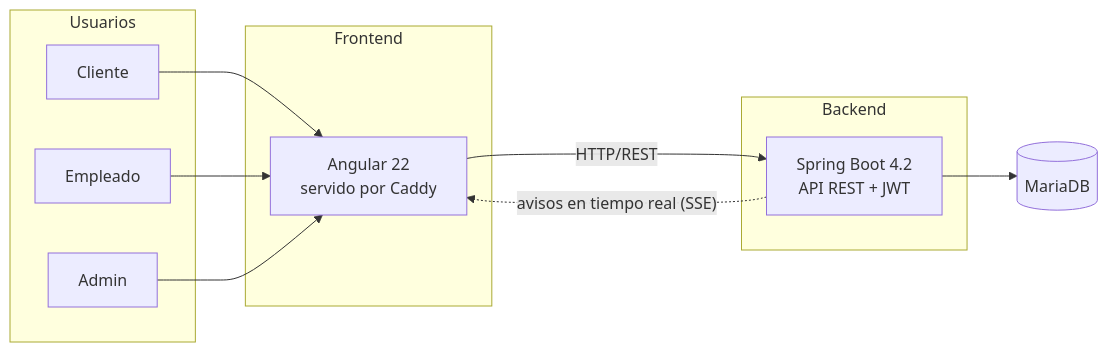
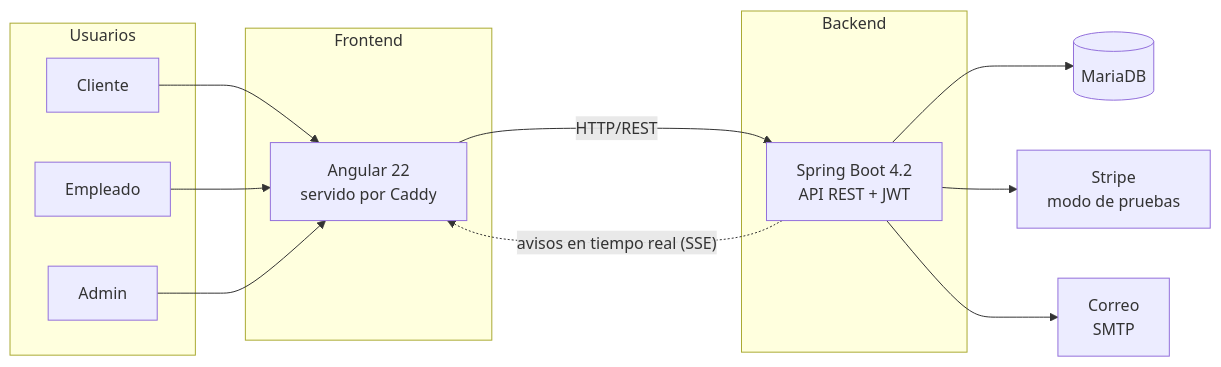
Before and after one commit to juanparejog/BarHub2.0: the diagram in docs/README.md, drawn with Mermaid. The commit also changed other lines of this file and 15 other files, not shown here.

````diff
--- a/docs/README.md
+++ b/docs/README.md
@@ -31,23 +35,27 @@
 ```mermaid
 flowchart LR
     subgraph Usuarios
         C[Cliente]
         E[Empleado]
         A[Admin]
     end
 
     subgraph Frontend
         F[Angular 22<br/>servido por Caddy]
     end
 
     subgraph Backend
         API[Spring Boot 4.2<br/>API REST + JWT]
     end
 
     DB[(MariaDB)]
+    ST[Stripe<br/>modo de pruebas]
+    MAIL[Correo<br/>SMTP]
 
     C & E & A --> F
     F -- "HTTP/REST" --> API
     API -. "avisos en tiempo real (SSE)" .-> F
     API --> DB
+    API --> ST
+    API --> MAIL
 ```
````
